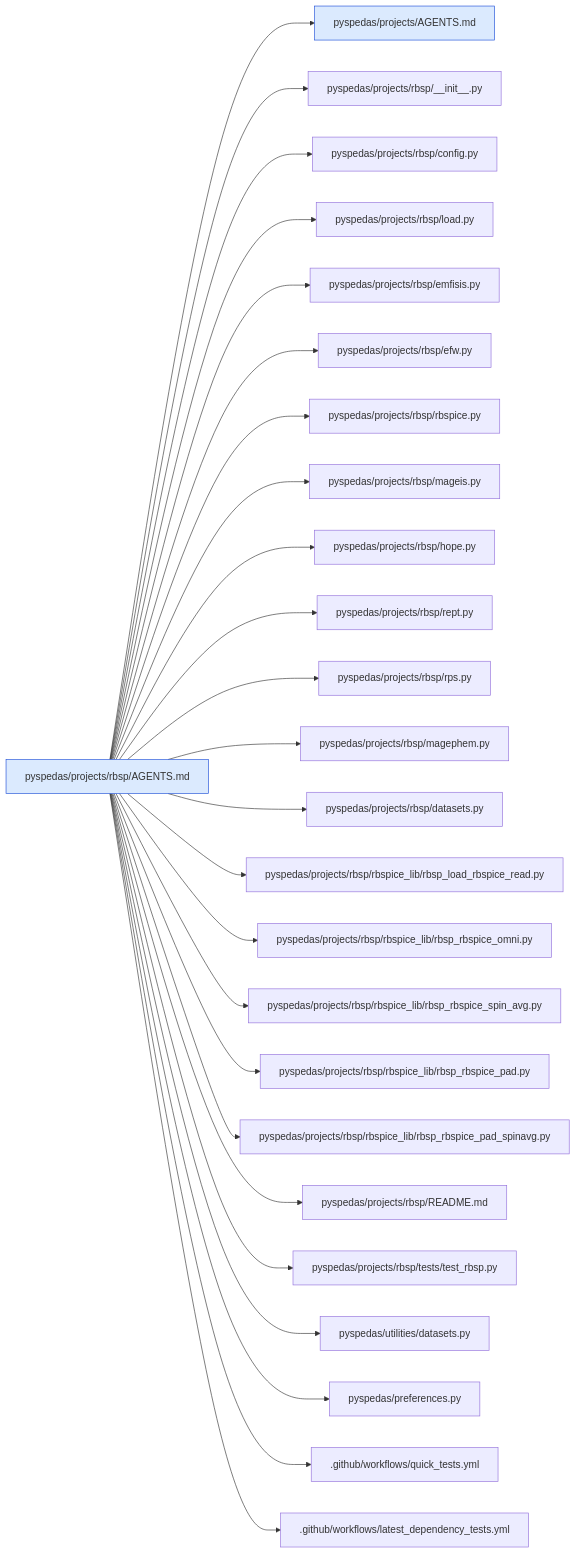
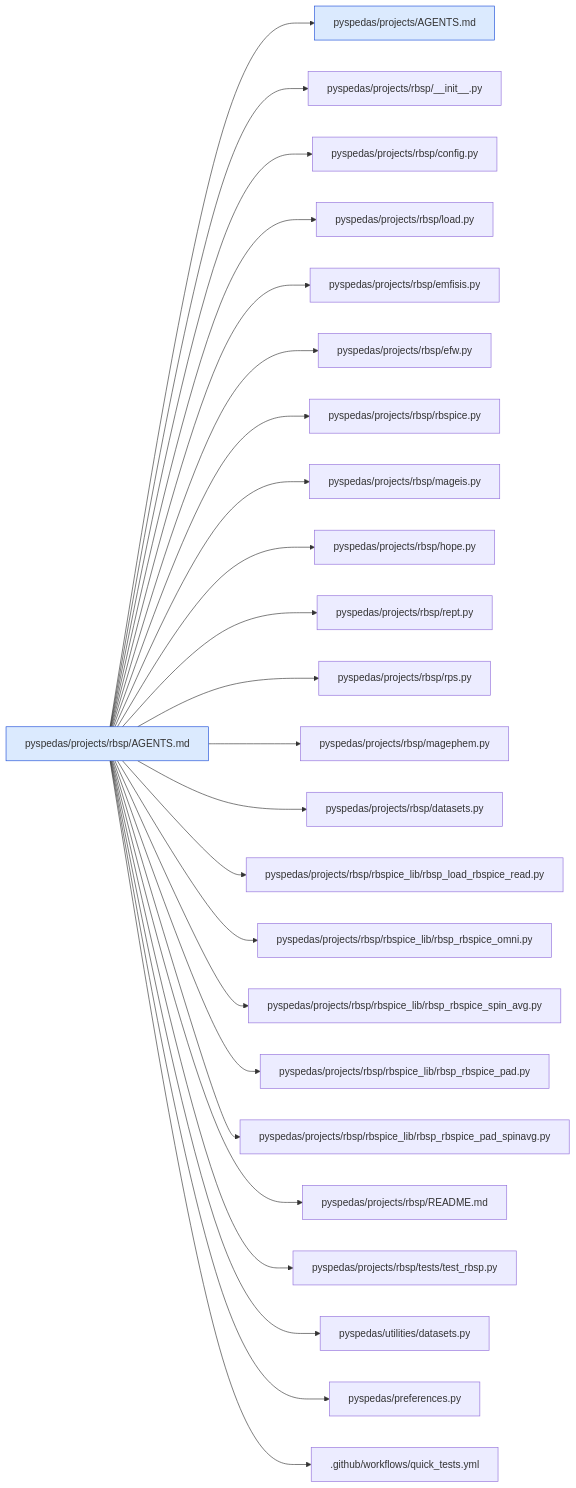
Before and after one commit to spedas/pyspedas: diagram 29 of 43 in .agents/map/MAP.md, drawn with Mermaid. The commit also changed other lines of this file and 21 other files, not shown here.

First line of the commit message:
Unify quick tests with selectable dependency and Python policies (#1546)

````diff
--- a/.agents/map/MAP.md
+++ b/.agents/map/MAP.md
@@ -1123,30 +1120,29 @@
 ```mermaid
 graph LR
   classDef agents fill:#dbeafe,stroke:#1d4ed8
   classDef missing fill:#fee2e2,stroke:#b91c1c,stroke-dasharray:4
   self["pyspedas/projects/rbsp/AGENTS.md"]:::agents
   self --> r0["pyspedas/projects/AGENTS.md"]:::agents
   self --> r1["pyspedas/projects/rbsp/__init__.py"]
   self --> r2["pyspedas/projects/rbsp/config.py"]
   self --> r3["pyspedas/projects/rbsp/load.py"]
   self --> r4["pyspedas/projects/rbsp/emfisis.py"]
   self --> r5["pyspedas/projects/rbsp/efw.py"]
   self --> r6["pyspedas/projects/rbsp/rbspice.py"]
   self --> r7["pyspedas/projects/rbsp/mageis.py"]
   self --> r8["pyspedas/projects/rbsp/hope.py"]
   self --> r9["pyspedas/projects/rbsp/rept.py"]
   self --> r10["pyspedas/projects/rbsp/rps.py"]
   self --> r11["pyspedas/projects/rbsp/magephem.py"]
   self --> r12["pyspedas/projects/rbsp/datasets.py"]
   self --> r13["pyspedas/projects/rbsp/rbspice_lib/rbsp_load_rbspice_read.py"]
   self --> r14["pyspedas/projects/rbsp/rbspice_lib/rbsp_rbspice_omni.py"]
   self --> r15["pyspedas/projects/rbsp/rbspice_lib/rbsp_rbspice_spin_avg.py"]
   self --> r16["pyspedas/projects/rbsp/rbspice_lib/rbsp_rbspice_pad.py"]
   self --> r17["pyspedas/projects/rbsp/rbspice_lib/rbsp_rbspice_pad_spinavg.py"]
   self --> r18["pyspedas/projects/rbsp/README.md"]
   self --> r19["pyspedas/projects/rbsp/tests/test_rbsp.py"]
   self --> r20["pyspedas/utilities/datasets.py"]
   self --> r21["pyspedas/preferences.py"]
   self --> r22[".github/workflows/quick_tests.yml"]
-  self --> r23[".github/workflows/latest_dependency_tests.yml"]
 ```
````
